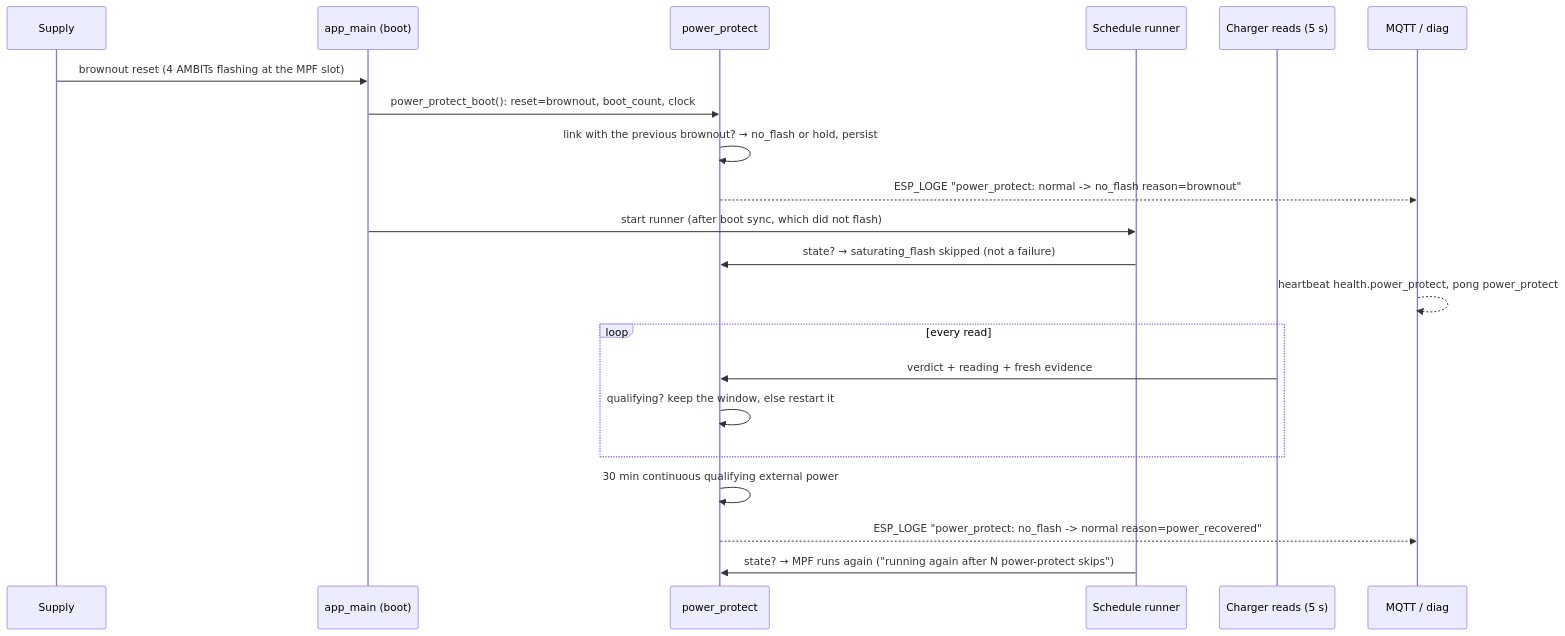
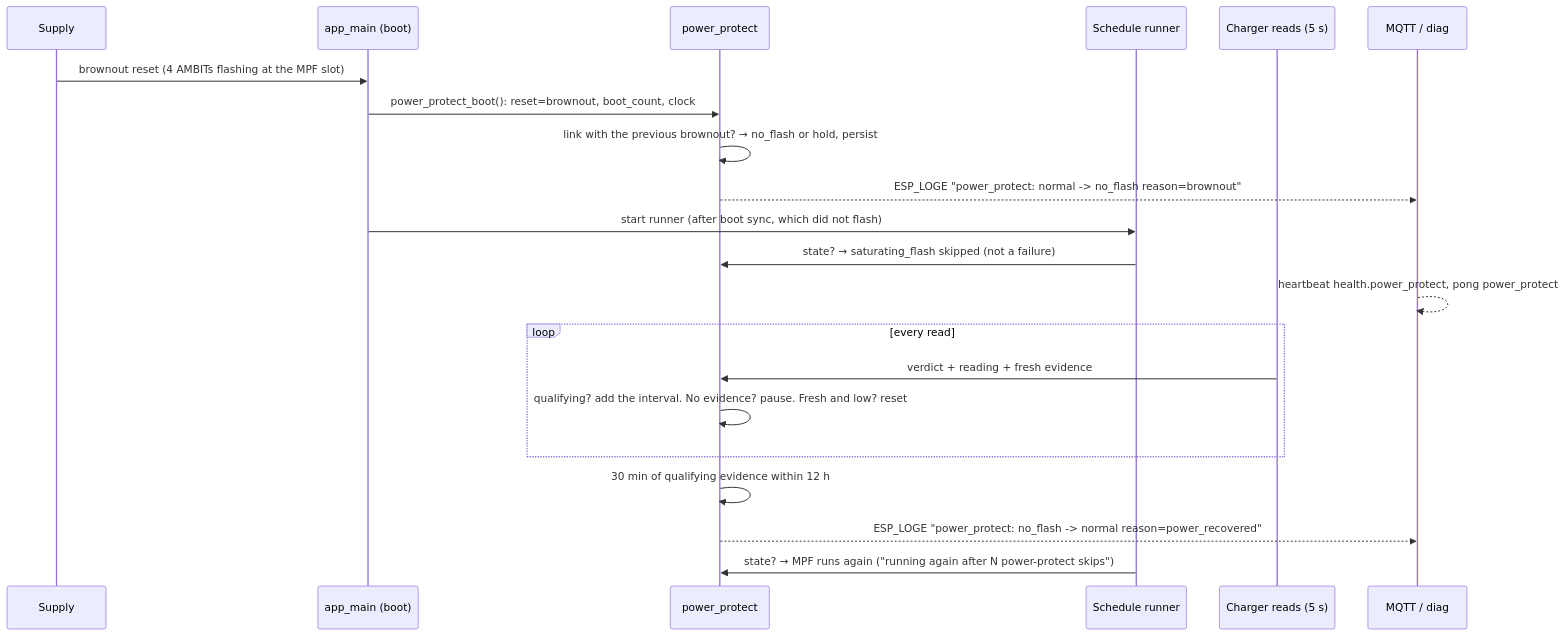
Before and after one commit to Jan-IngenHousz-Institute/ambyte-iot: the seventh of 7 diagrams in docs/power-protect.md, drawn with Mermaid. The commit also changed other lines of this file and 27 other files, not shown here.

````diff
--- a/docs/power-protect.md
+++ b/docs/power-protect.md
@@ -276,23 +729,23 @@
 ```mermaid
 sequenceDiagram
     participant HW as Supply
     participant B as app_main (boot)
     participant PP as power_protect
     participant R as Schedule runner
     participant C as Charger reads (5 s)
     participant M as MQTT / diag
     HW->>B: brownout reset (4 AMBITs flashing at the MPF slot)
     B->>PP: power_protect_boot(): reset=brownout, boot_count, clock
     PP->>PP: link with the previous brownout? → no_flash or hold, persist
     PP-->>M: ESP_LOGE "power_protect: normal -> no_flash reason=brownout"
     B->>R: start runner (after boot sync, which did not flash)
     R->>PP: state? → saturating_flash skipped (not a failure)
     M-->>M: heartbeat health.power_protect, pong power_protect
     loop every read
         C->>PP: verdict + reading + fresh evidence
-        PP->>PP: qualifying? keep the window, else restart it
+        PP->>PP: qualifying? add the interval. No evidence? pause. Fresh and low? reset
     end
-    PP->>PP: 30 min continuous qualifying external power
+    PP->>PP: 30 min of qualifying evidence within 12 h
     PP-->>M: ESP_LOGE "power_protect: no_flash -> normal reason=power_recovered"
     R->>PP: state? → MPF runs again ("running again after N power-protect skips")
 ```
````
